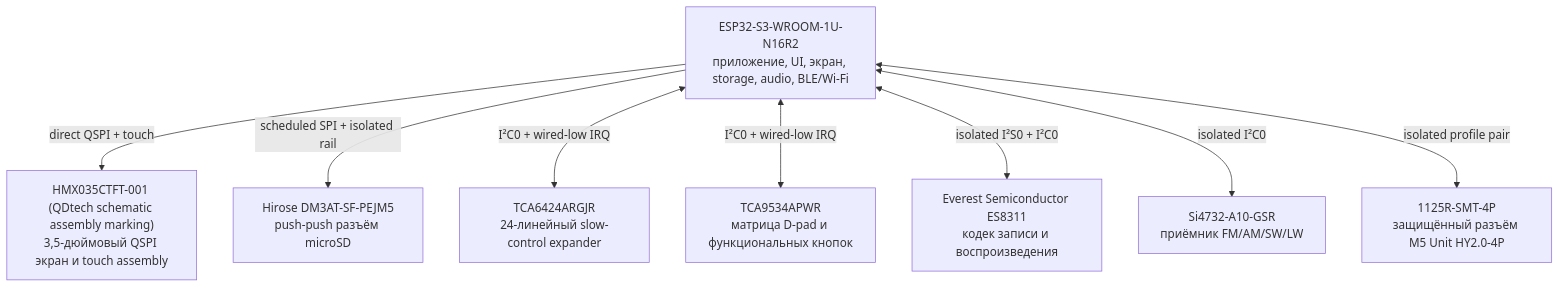
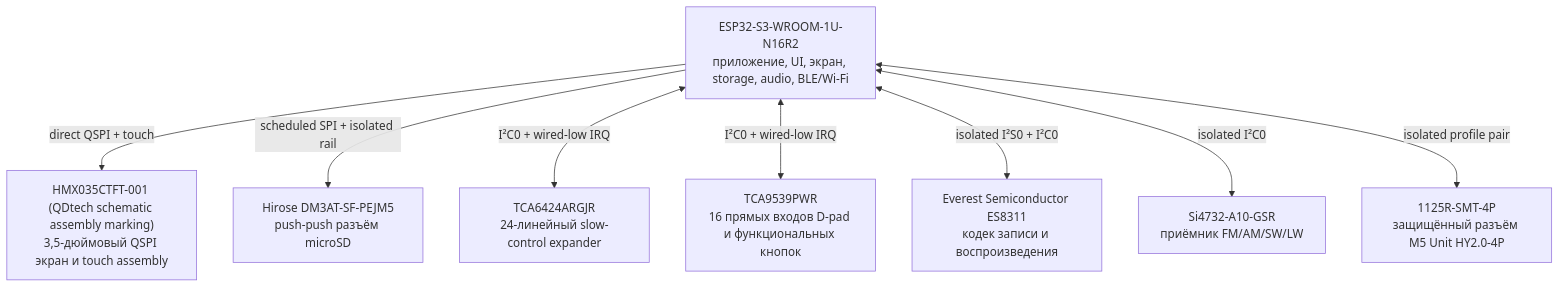
One commit to anton-vinogradov/esp32-leshy2 changed the second of 10 diagrams in README.ru.md. Above: the diagram before and after it, drawn with Mermaid. The commit also changed other lines of this file and 19 other files, not shown here.

Commit message:
Replace D-pad matrix with guided direct controls

````diff
--- a/README.ru.md
+++ b/README.ru.md
@@ -85,18 +85,18 @@
 ```mermaid
 flowchart TD
 S3["ESP32-S3-WROOM-1U-N16R2<br/>приложение, UI, экран, storage, audio, BLE/Wi-Fi"]
 DISPLAY["HMX035CTFT-001 (QDtech schematic assembly marking)<br/>3,5-дюймовый QSPI экран и touch assembly"]
 SD["Hirose DM3AT-SF-PEJM5<br/>push-push разъём microSD"]
 SLOW_IO["TCA6424ARGJR<br/>24-линейный slow-control expander"]
-UI_MATRIX_IO["TCA9534APWR<br/>матрица D-pad и функциональных кнопок"]
+UI_MATRIX_IO["TCA9539PWR<br/>16 прямых входов D-pad и функциональных кнопок"]
 CODEC["Everest Semiconductor ES8311<br/>кодек записи и воспроизведения"]
 RECEIVER["Si4732-A10-GSR<br/>приёмник FM/AM/SW/LW"]
 UNIT_CONNECTOR["1125R-SMT-4P<br/>защищённый разъём M5 Unit HY2.0-4P"]
   S3 -->|"direct QSPI + touch"| DISPLAY
   S3 -->|"scheduled SPI + isolated rail"| SD
   S3 <-->|"I²C0 + wired-low IRQ"| SLOW_IO
   S3 <-->|"I²C0 + wired-low IRQ"| UI_MATRIX_IO
   S3 <-->|"isolated I²S0 + I²C0"| CODEC
   S3 <-->|"isolated I²C0"| RECEIVER
   S3 <-->|"isolated profile pair"| UNIT_CONNECTOR
 ```
````
